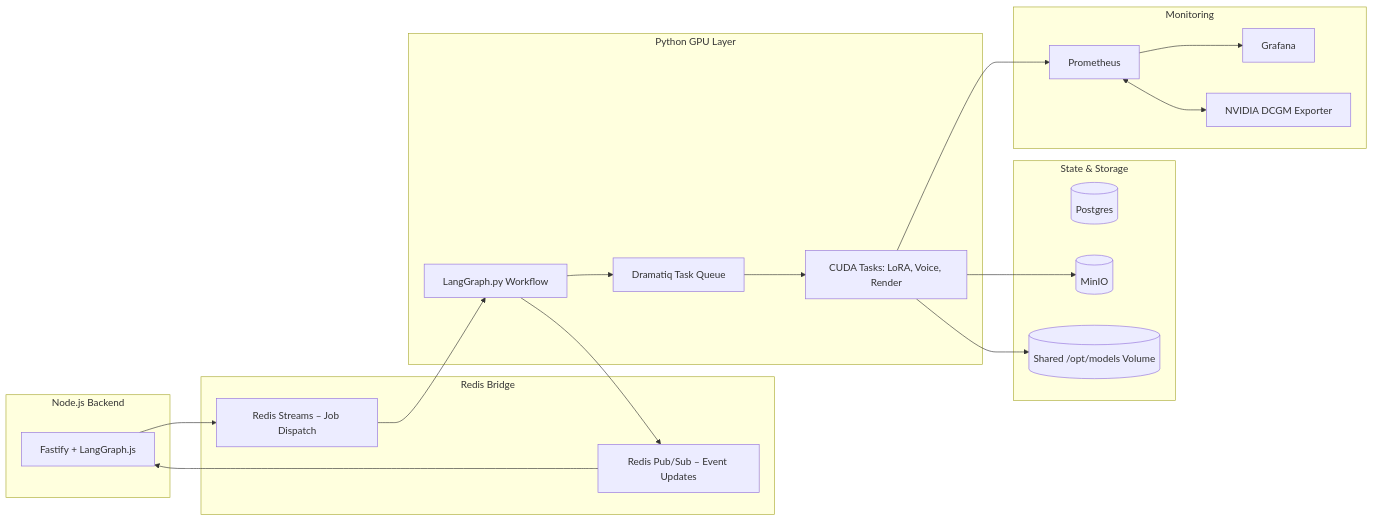
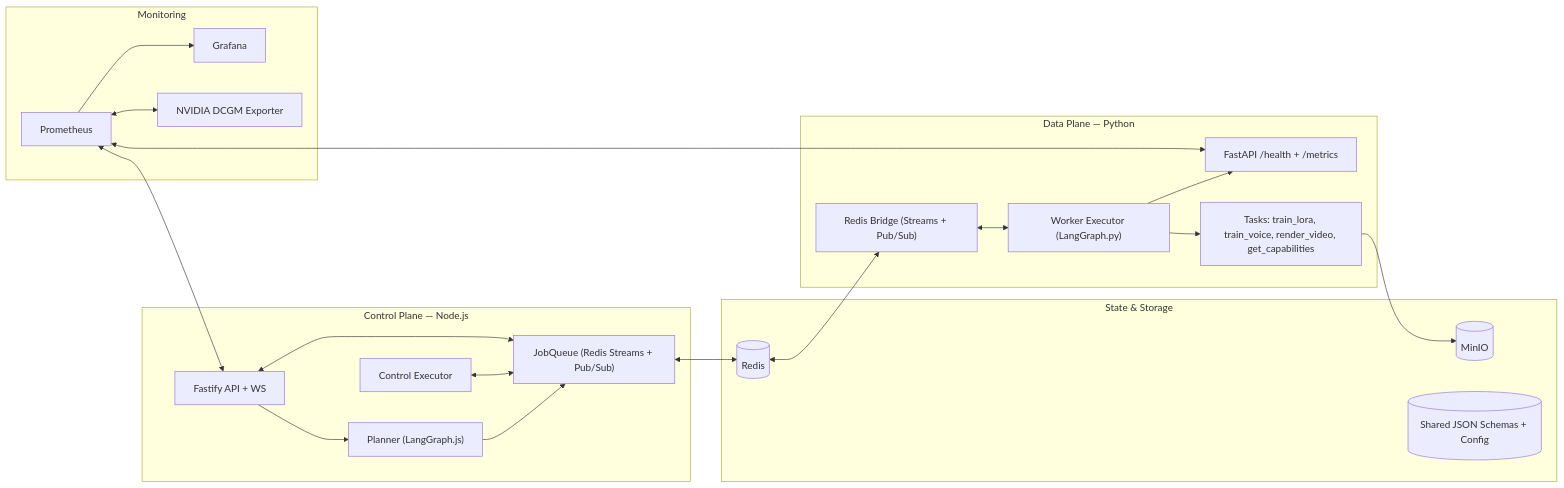
Before and after one commit to ktzevani/myspinbot: the diagram in docs/phase2/phase2_overview.md, drawn with Mermaid. The commit also changed other lines of this file and 2 other files, not shown here.

````diff
--- a/docs/phase2/phase2_overview.md
+++ b/docs/phase2/phase2_overview.md
@@ -108,41 +100,46 @@
 ```mermaid
 flowchart LR
-    subgraph Node[Node.js Backend]
-        API[Fastify + LangGraph.js]
+    subgraph ControlPlane["Control Plane — Node.js"]
+        API[Fastify API + WS]
+        PLNR["Planner (LangGraph.js)"]
+        EXEC[Control Executor]
+        JQ["JobQueue (Redis Streams + Pub/Sub)"]
     end
 
-    subgraph Bridge[Redis Bridge]
-        RS[Redis Streams – Job Dispatch]
-        PS[Redis Pub/Sub – Event Updates]
+    subgraph DataPlane["Data Plane — Python"]
+        WAPI[FastAPI /health + /metrics]
+        WBR["Redis Bridge (Streams + Pub/Sub)"]
+        WEXEC["Worker Executor (LangGraph.py)"]
+        TASKS["Tasks: train_lora, train_voice, render_video, get_capabilities"]
     end
 
-    subgraph Workers[Python GPU Layer]
-        LGpy[LangGraph.py Workflow]
-        DRQ[Dramatiq Task Queue]
-        GPU[CUDA Tasks: LoRA, Voice, Render]
+    subgraph Data["State & Storage"]
+        R[(Redis)]
+        S3[(MinIO)]
+        CONF[(Shared JSON Schemas + Config)]
     end
 
-    subgraph Data[State & Storage]
-        PG[(Postgres)]
-        S3[(MinIO)]
-        MD[(Shared /opt/models Volume)]
-    end
-
-    subgraph Observability[Monitoring]
+    subgraph Observability["Monitoring"]
         PR[Prometheus]
         GF[Grafana]
         NV[NVIDIA DCGM Exporter]
     end
 
-    API --> RS
-    RS --> LGpy
-    LGpy --> DRQ
-    DRQ --> GPU
-    GPU --> S3
-    GPU --> PR
-    LGpy --> PS
-    PS --> API
+    API --> PLNR
+    PLNR --> JQ
+    EXEC <--> JQ
+    API <--> JQ
+
+    JQ <--> R
+    R <--> WBR
+    WBR <--> WEXEC
+    WEXEC --> TASKS
+    WEXEC --> WAPI
+
+    TASKS --> S3
+
     PR --> GF
+    PR <--> API
+    PR <--> WAPI
     PR <--> NV
-    GPU --> MD
 ```
````
